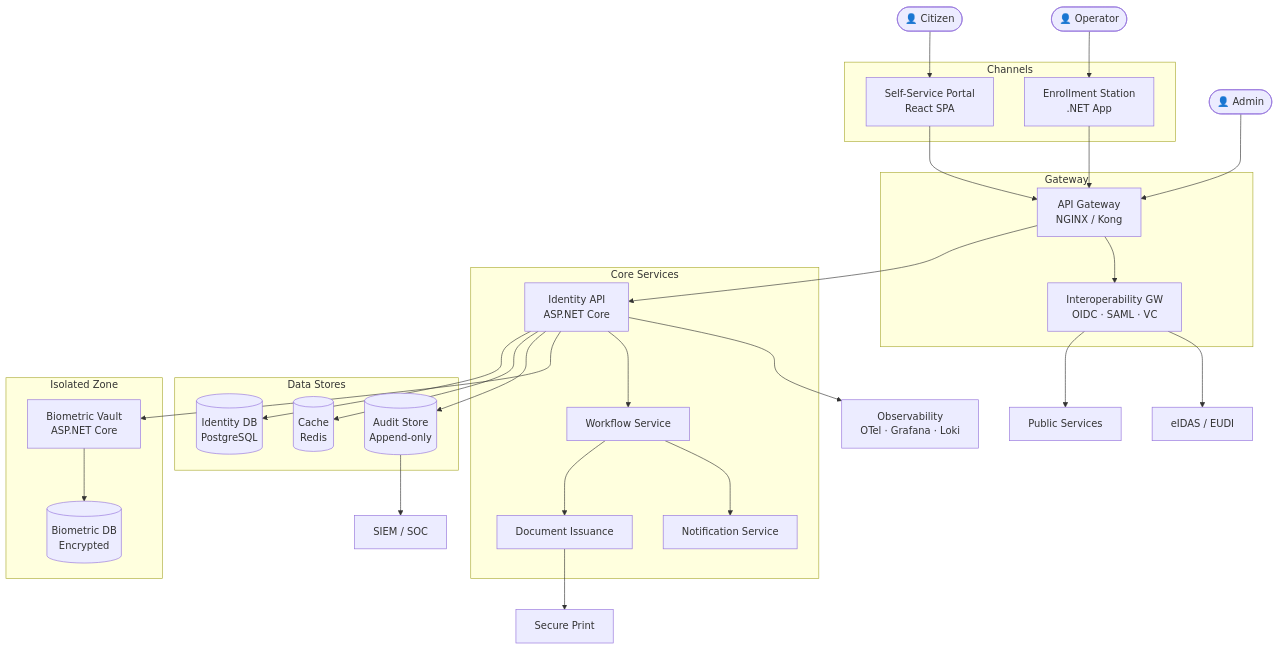
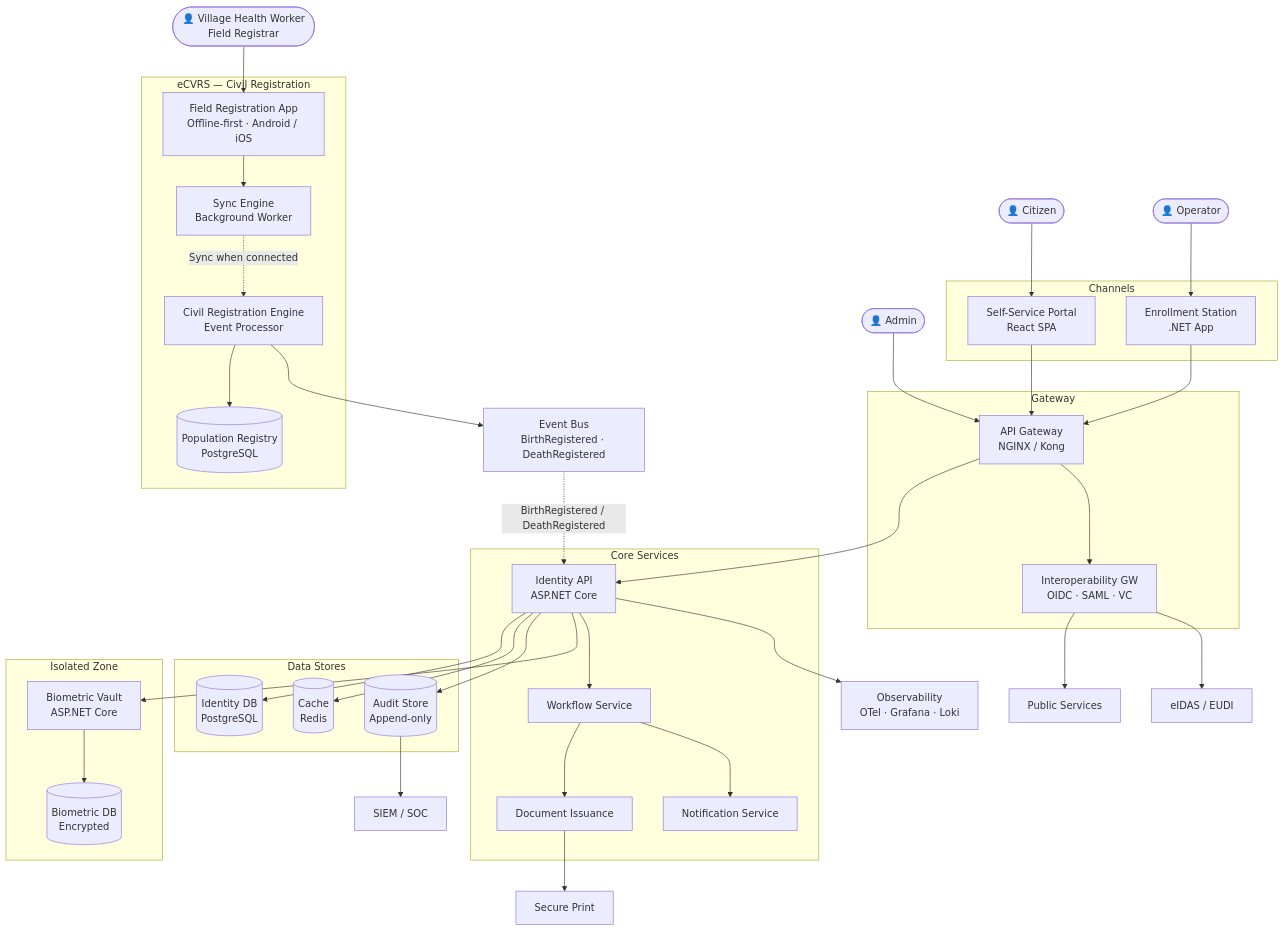
The first of 3 diagrams in docs/modules.md (Mouad2589/digital-identity-architecture-blueprint), drawn with Mermaid before and after one commit. The commit also changed other lines of this file and 9 other files, not shown here.

First line of the commit message:
Adds eCVRS and offline-first civil registration documentation

````diff
--- a/docs/modules.md
+++ b/docs/modules.md
@@ -7,61 +7,82 @@
 ```mermaid
 flowchart TB
     Citizen(["👤 Citizen"])
     Operator(["👤 Operator"])
     Admin(["👤 Admin"])
+    VHW(["👤 Village Health Worker\nField Registrar"])
 
     subgraph Channels["Channels"]
         Portal["Self-Service Portal\nReact SPA"]
         EnrollStation["Enrollment Station\n.NET App"]
     end
 
     subgraph Gateway["Gateway"]
         APIGW["API Gateway\nNGINX / Kong"]
         InteropGW["Interoperability GW\nOIDC · SAML · VC"]
     end
 
     subgraph CoreServices["Core Services"]
         IdentityAPI["Identity API\nASP.NET Core"]
         WorkflowSvc["Workflow Service"]
         IssuanceSvc["Document Issuance"]
         NotifSvc["Notification Service"]
     end
 
     subgraph DataStores["Data Stores"]
         IdentityDB[("Identity DB\nPostgreSQL")]
         Cache[("Cache\nRedis")]
         AuditStore[("Audit Store\nAppend-only")]
     end
 
     subgraph Isolated["Isolated Zone"]
         BioVault["Biometric Vault\nASP.NET Core"]
         BioDB[("Biometric DB\nEncrypted")]
     end
 
+    subgraph eCVRS["eCVRS — Civil Registration"]
+        FieldApp["Field Registration App\nOffline-first · Android / iOS"]
+        SyncEngine["Sync Engine\nBackground Worker"]
+        CivEngine["Civil Registration Engine\nEvent Processor"]
+        PopReg[("Population Registry\nPostgreSQL")]
+    end
+
+    EventBus["Event Bus\nBirthRegistered · DeathRegistered"]
+
     ObsStack["Observability\nOTel · Grafana · Loki"]
     GovServices["Public Services"]
     SIEM["SIEM / SOC"]
     PrintFacility["Secure Print"]
     eIDAS["eIDAS / EUDI"]
 
     Citizen --> Portal
     Operator --> EnrollStation
     Admin --> APIGW
+    VHW --> FieldApp
+
     Portal --> APIGW
     EnrollStation --> APIGW
     APIGW --> IdentityAPI
     APIGW --> InteropGW
+
     IdentityAPI --> IdentityDB
     IdentityAPI --> Cache
     IdentityAPI --> AuditStore
     IdentityAPI --> BioVault
     IdentityAPI --> WorkflowSvc
     IdentityAPI --> ObsStack
+
     WorkflowSvc --> IssuanceSvc
     WorkflowSvc --> NotifSvc
     BioVault --> BioDB
+
     IssuanceSvc --> PrintFacility
     InteropGW --> GovServices
     InteropGW --> eIDAS
     AuditStore --> SIEM
+
+    FieldApp --> SyncEngine
+    SyncEngine -.->|"Sync when connected"| CivEngine
+    CivEngine --> PopReg
+    CivEngine --> EventBus
+    EventBus -.->|"BirthRegistered / DeathRegistered"| IdentityAPI
 ```
````
